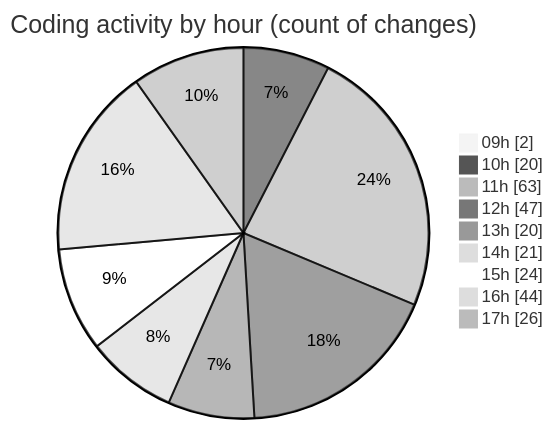
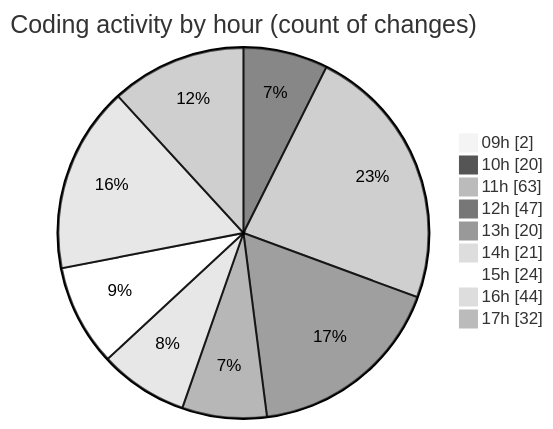
One commit to momahboobian/code-tracking changed the second of 2 diagrams in 2025-04-08/cda/README.md. Above: the diagram before and after it, drawn with Mermaid (neutral theme). The commit also changed other lines of this file and 1 other file, not shown here.

````diff
--- a/2025-04-08/cda/README.md
+++ b/2025-04-08/cda/README.md
@@ -46,13 +46,13 @@
 ```mermaid
 pie showData
 title Coding activity by hour (count of changes)
 "09h" : 2
 "10h" : 20
 "11h" : 63
 "12h" : 47
 "13h" : 20
 "14h" : 21
 "15h" : 24
 "16h" : 44
-"17h" : 26
+"17h" : 32
 ```
````
